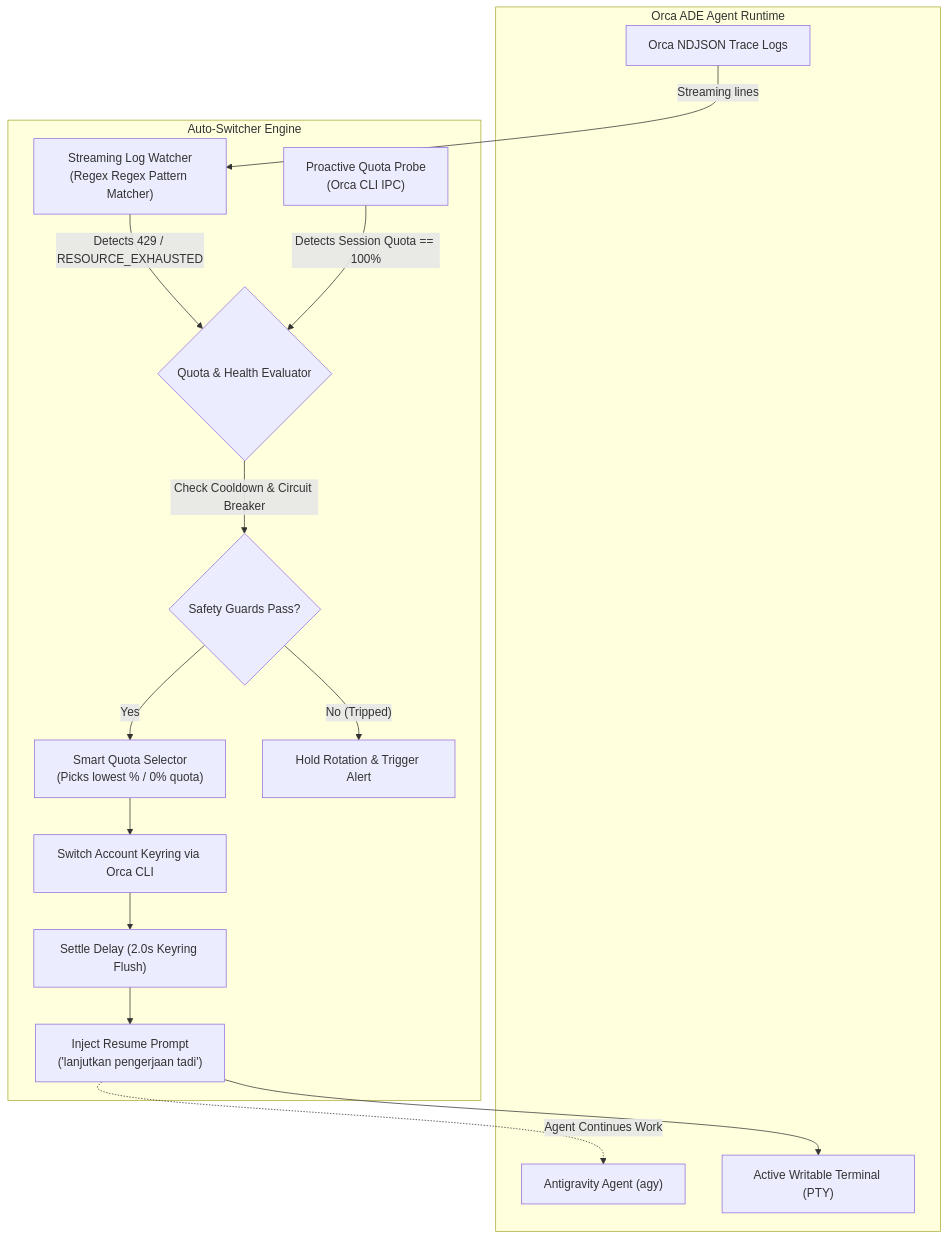
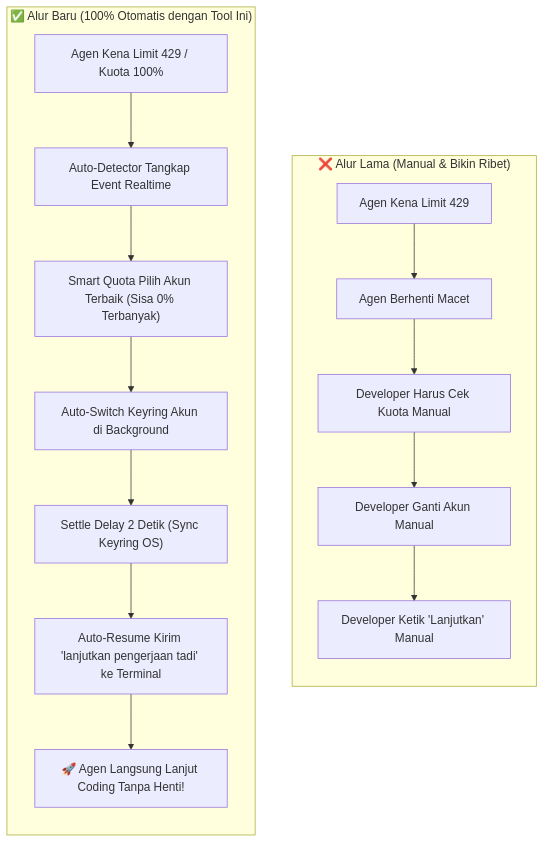
The diagram in README.md (Syharipf/orca-agy-rotator), drawn with Mermaid before and after one commit. The commit also changed other lines of this file and 1 other file, not shown here.

Commit message:
docs: reframe problem around Orca lacking native auto-switch and manual babysitting

````diff
--- a/README.md
+++ b/README.md
@@ -34,28 +40,20 @@
 ```mermaid
 flowchart TD
-    subgraph AgentRuntime["Orca ADE Agent Runtime"]
-        Agent["Antigravity Agent (agy)"]
-        Terminal["Active Writable Terminal (PTY)"]
-        Logs["Orca NDJSON Trace Logs"]
+    subgraph MasalahLama["❌ Alur Lama (Manual & Bikin Ribet)"]
+        direction TB
+        M1["Agen Kena Limit 429"] --> M2["Agen Berhenti Macet"]
+        M2 --> M3["Developer Harus Cek Kuota Manual"]
+        M3 --> M4["Developer Ganti Akun Manual"]
+        M4 --> M5["Developer Ketik 'Lanjutkan' Manual"]
     end
 
-    subgraph FailoverEngine["Auto-Switcher Engine"]
-        LogWatcher["Streaming Log Watcher<br/>(Regex Regex Pattern Matcher)"]
-        HealthChecker["Proactive Quota Probe<br/>(Orca CLI IPC)"]
-        
-        LogWatcher -->|Detects 429 / RESOURCE_EXHAUSTED| Evaluator{"Quota & Health Evaluator"}
-        HealthChecker -->|Detects Session Quota == 100%| Evaluator
-        
-        Evaluator -->|Check Cooldown & Circuit Breaker| Safety{"Safety Guards Pass?"}
-        Safety -- Yes --> Selector["Smart Quota Selector<br/>(Picks lowest % / 0% quota)"]
-        Safety -- "No (Tripped)" --> LockHold["Hold Rotation & Trigger Alert"]
-        
-        Selector --> KeyringSwap["Switch Account Keyring via Orca CLI"]
-        KeyringSwap --> SettleDelay["Settle Delay (2.0s Keyring Flush)"]
-        SettleDelay --> AutoResume["Inject Resume Prompt<br/>('lanjutkan pengerjaan tadi')"]
-        AutoResume --> Terminal
+    subgraph SolusiBaru["✅ Alur Baru (100% Otomatis dengan Tool Ini)"]
+        direction TB
+        A1["Agen Kena Limit 429 / Kuota 100%"] --> A2["Auto-Detector Tangkap Event Realtime"]
+        A2 --> A3["Smart Quota Pilih Akun Terbaik (Sisa 0% Terbanyak)"]
+        A3 --> A4["Auto-Switch Keyring Akun di Background"]
+        A4 --> A5["Settle Delay 2 Detik (Sync Keyring OS)"]
+        A5 --> A6["Auto-Resume Kirim 'lanjutkan pengerjaan tadi' ke Terminal"]
+        A6 --> A7["🚀 Agen Langsung Lanjut Coding Tanpa Henti!"]
     end
-
-    Logs -->|Streaming lines| LogWatcher
-    AutoResume -.->|Agent Continues Work| Agent
 ```
````
